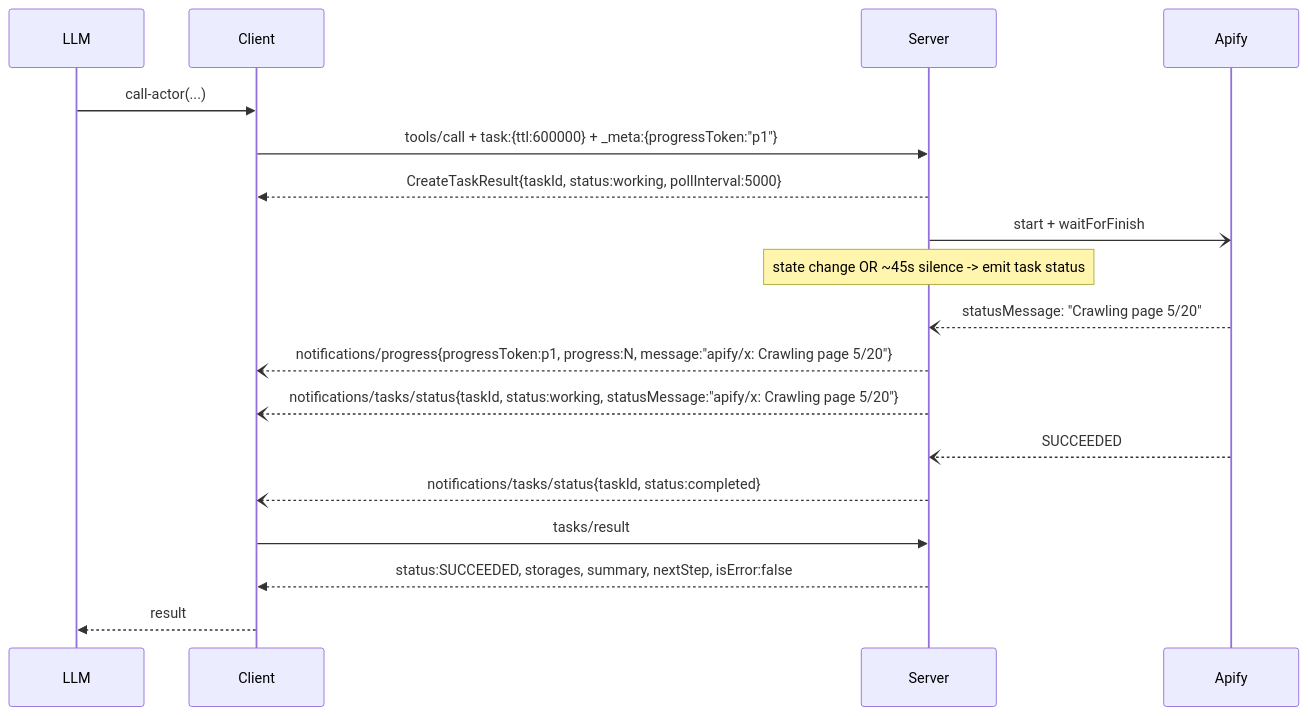
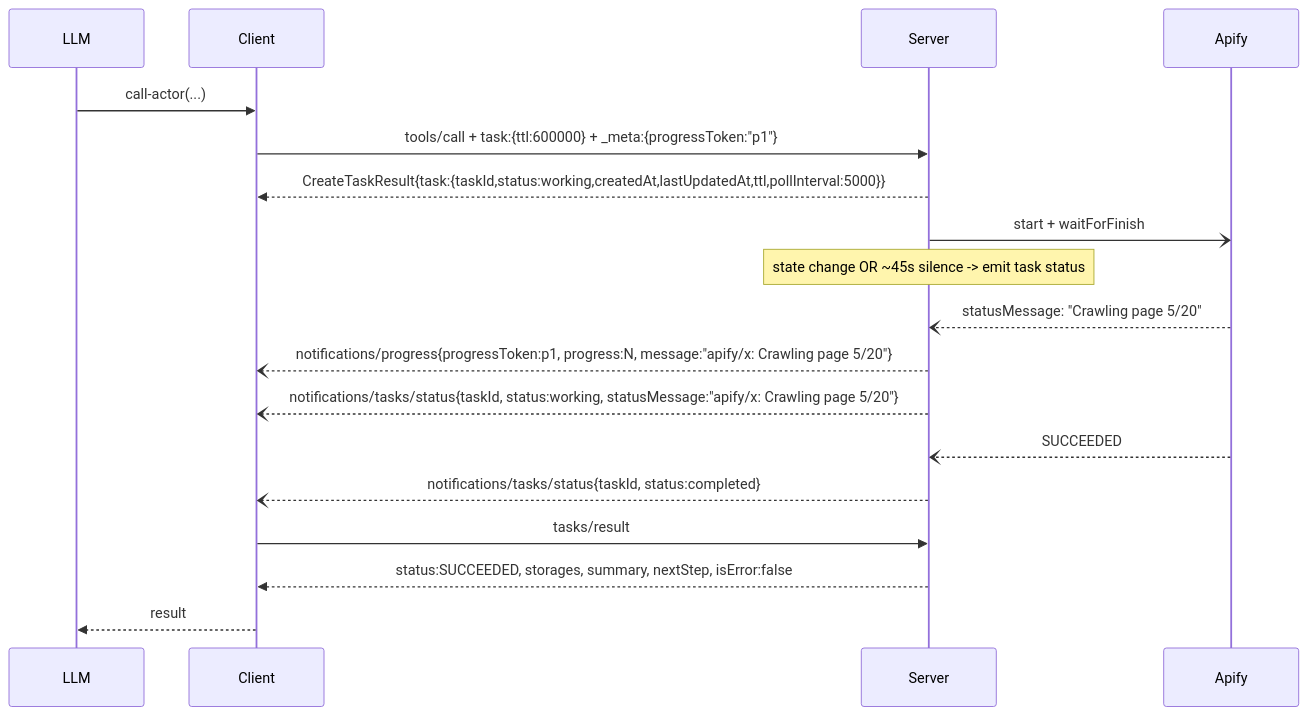
One commit to apify/apify-mcp-server changed the second of 2 diagrams in res/call_actor_redesign_v4.md. Above: the diagram before and after it, drawn with Mermaid. The commit also changed other lines of this file, not shown here.

Commit message:
docs: Update `call_actor_redesign_v4.md` to enhance task cancellation behavior and compliance with MCP spec

````diff
--- a/res/call_actor_redesign_v4.md
+++ b/res/call_actor_redesign_v4.md
@@ -360,20 +365,20 @@
 ```mermaid
 sequenceDiagram
   participant LLM
   participant Client
   participant Server
   participant Apify
   LLM->>Client: call-actor(...)
   Client->>Server: tools/call + task:{ttl:600000} + _meta:{progressToken:"p1"}
-  Server-->>Client: CreateTaskResult{taskId, status:working, pollInterval:5000}
+  Server-->>Client: CreateTaskResult{task:{taskId,status:working,createdAt,lastUpdatedAt,ttl,pollInterval:5000}}
   Server-)Apify: start + waitForFinish
   Note over Server: state change OR ~45s silence -> emit task status
   Apify--)Server: statusMessage: "Crawling page 5/20"
   Server--)Client: notifications/progress{progressToken:p1, progress:N, message:"apify/x: Crawling page 5/20"}
   Server--)Client: notifications/tasks/status{taskId, status:working, statusMessage:"apify/x: Crawling page 5/20"}
   Apify--)Server: SUCCEEDED
   Server--)Client: notifications/tasks/status{taskId, status:completed}
   Client->>Server: tasks/result
   Server-->>Client: status:SUCCEEDED, storages, summary, nextStep, isError:false
   Client-->>LLM: result
 ```
````
